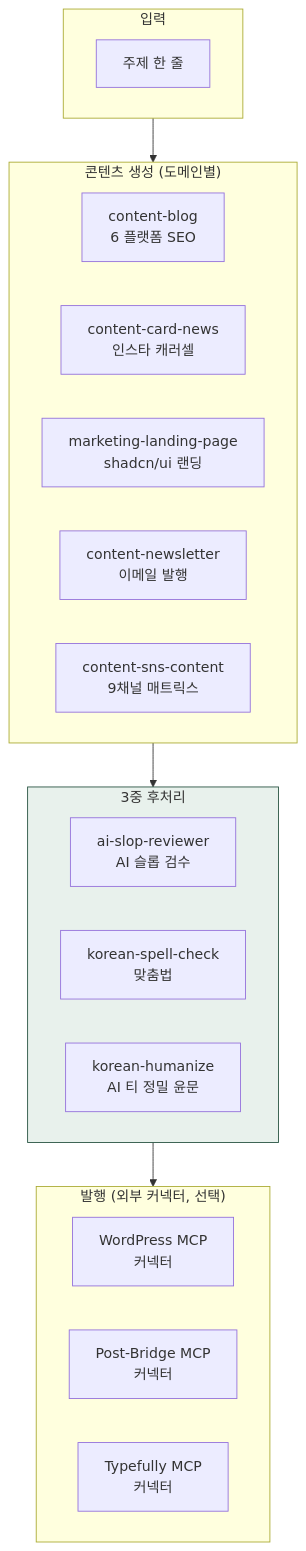
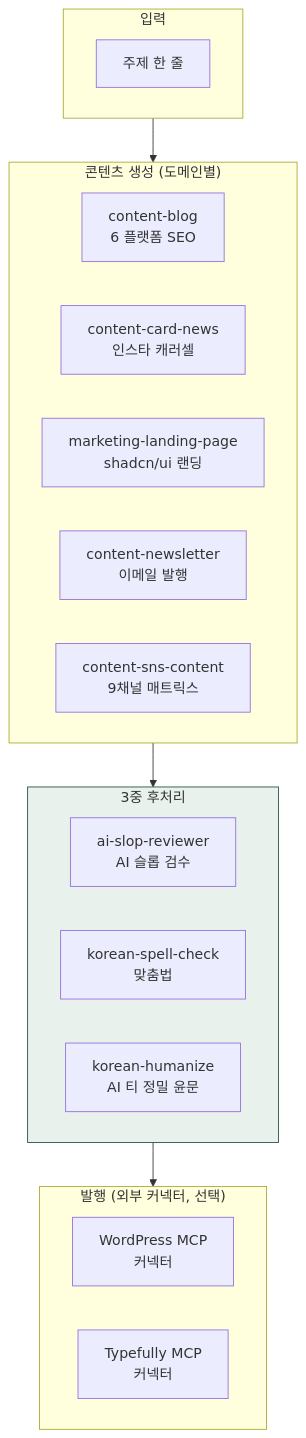
Before and after one commit to modu-ai/cowork-plugins: the first of 2 diagrams in www/content/cookbook/tracks/track-content.md, drawn with Mermaid. The commit also changed other lines of this file and 13 other files, not shown here.

````diff
--- a/www/content/cookbook/tracks/track-content.md
+++ b/www/content/cookbook/tracks/track-content.md
@@ -16,25 +16,24 @@
 ```mermaid
 flowchart TD
    subgraph 입력["입력"]
        A["주제 한 줄"]
    end
    subgraph 생성["콘텐츠 생성 (도메인별)"]
        B1["content-blog<br/>6 플랫폼 SEO"]
        B2["content-card-news<br/>인스타 캐러셀"]
        B3["marketing-landing-page<br/>shadcn/ui 랜딩"]
        B4["content-newsletter<br/>이메일 발행"]
        B5["content-sns-content<br/>9채널 매트릭스"]
    end
    subgraph 검수["3중 후처리"]
        C1["ai-slop-reviewer<br/>AI 슬롭 검수"]
        C2["korean-spell-check<br/>맞춤법"]
        C3["korean-humanize<br/>AI 티 정밀 윤문"]
    end
    subgraph 발행["발행 (외부 커넥터, 선택)"]
        D1["WordPress MCP<br/>커넥터"]
-       D2["Post-Bridge MCP<br/>커넥터"]
-       D3["Typefully MCP<br/>커넥터"]
+       D2["Typefully MCP<br/>커넥터"]
    end
    입력 --> 생성 --> 검수 --> 발행
    style 검수 fill:#e8f1ec,stroke:#265240
 ```
````
